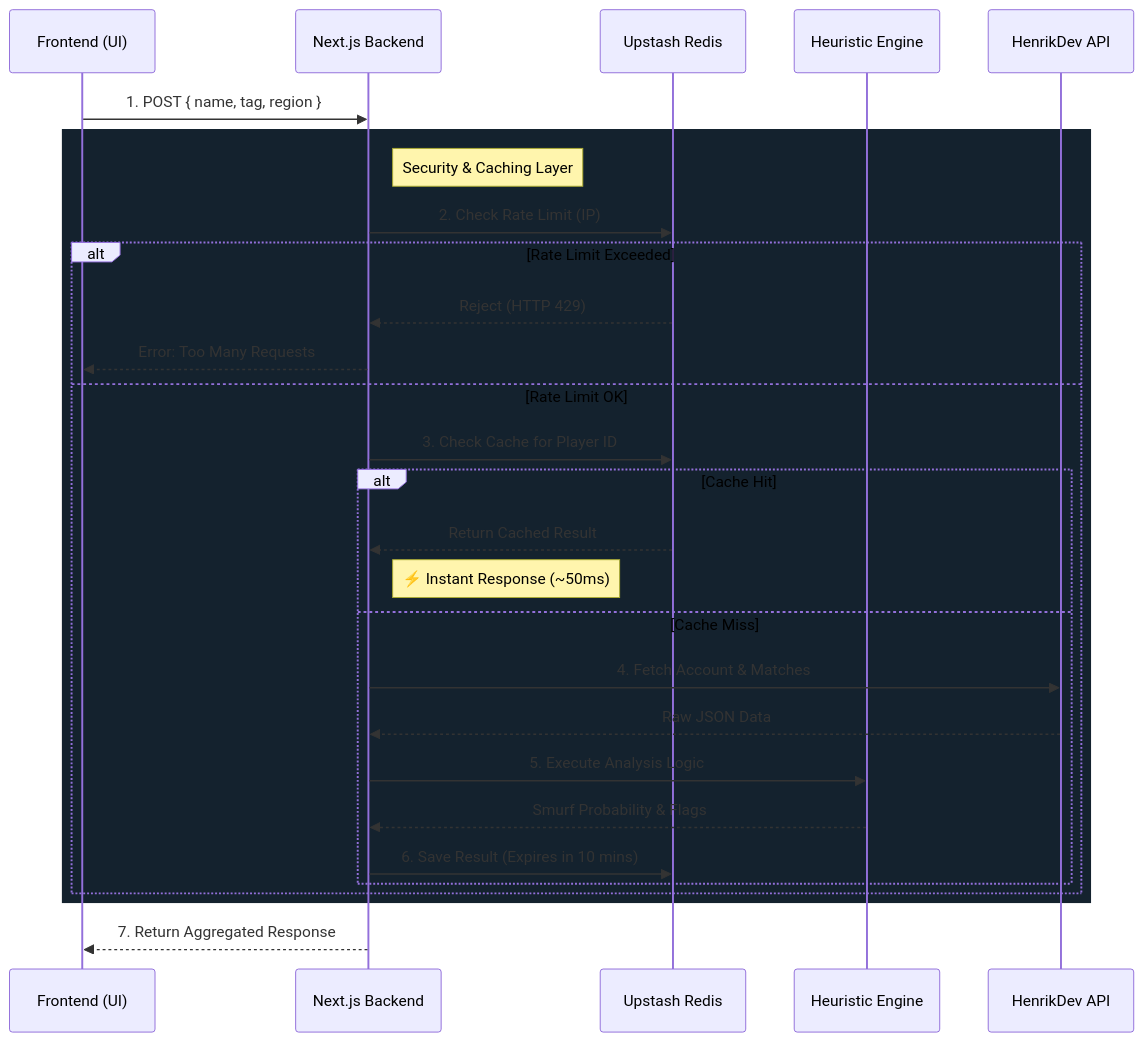
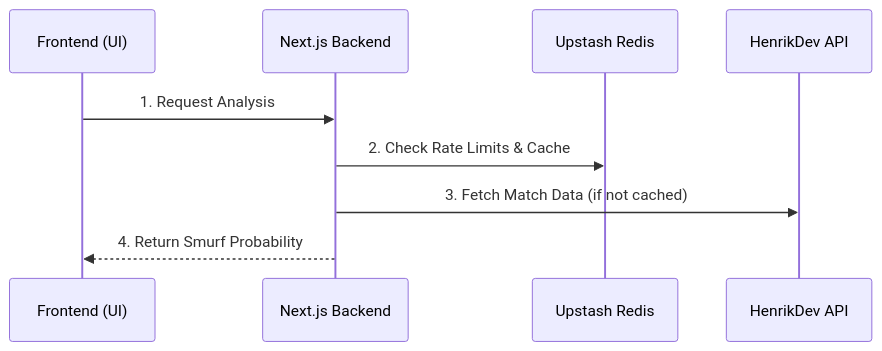
One commit to asperavl/cypherscan changed the diagram in README.md. Above: the diagram before and after it, drawn with Mermaid. The commit also changed other lines of this file, not shown here.

````diff
--- a/README.md
+++ b/README.md
@@ -41,37 +41,12 @@
 ```mermaid
 sequenceDiagram
     participant Client as Frontend (UI)
     participant API as Next.js Backend
     participant Redis as Upstash Redis
-    participant Engine as Heuristic Engine
     participant Henrik as HenrikDev API
 
-    Client->>API: 1. POST { name, tag, region }
-    
-    rect rgb(20, 34, 46)
-        note right of API: Security & Caching Layer
-        API->>Redis: 2. Check Rate Limit (IP)
-        
-        alt Rate Limit Exceeded
-            Redis-->>API: Reject (HTTP 429)
-            API-->>Client: Error: Too Many Requests
-        else Rate Limit OK
-            API->>Redis: 3. Check Cache for Player ID
-            
-            alt Cache Hit
-                Redis-->>API: Return Cached Result
-                note right of API: ⚡ Instant Response (~50ms)
-            else Cache Miss
-                API->>Henrik: 4. Fetch Account & Matches
-                Henrik-->>API: Raw JSON Data
-                
-                API->>Engine: 5. Execute Analysis Logic
-                Engine-->>API: Smurf Probability & Flags
-                
-                API->>Redis: 6. Save Result (Expires in 10 mins)
-            end
-        end
-    end
-    
-    API-->>Client: 7. Return Aggregated Response
+    Client->>API: 1. Request Analysis
+    API->>Redis: 2. Check Rate Limits & Cache
+    API->>Henrik: 3. Fetch Match Data (if not cached)
+    API-->>Client: 4. Return Smurf Probability
 ```
````
